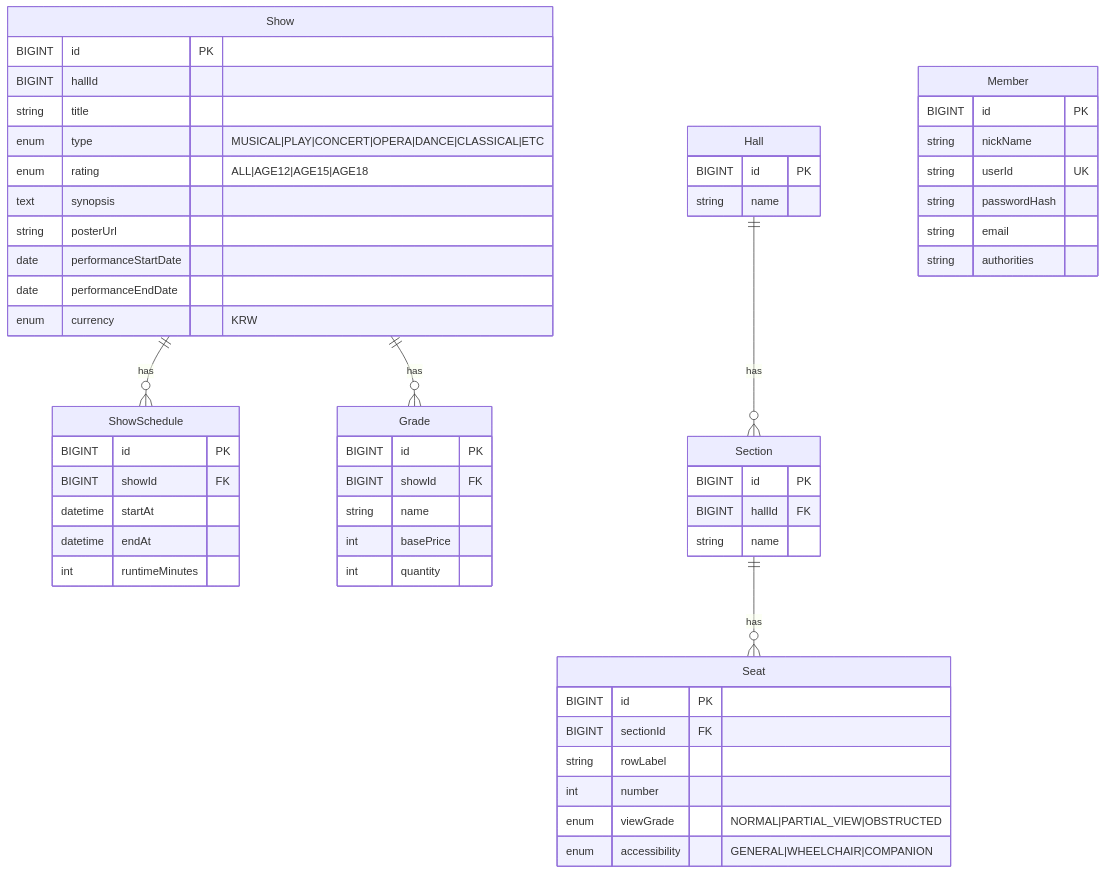
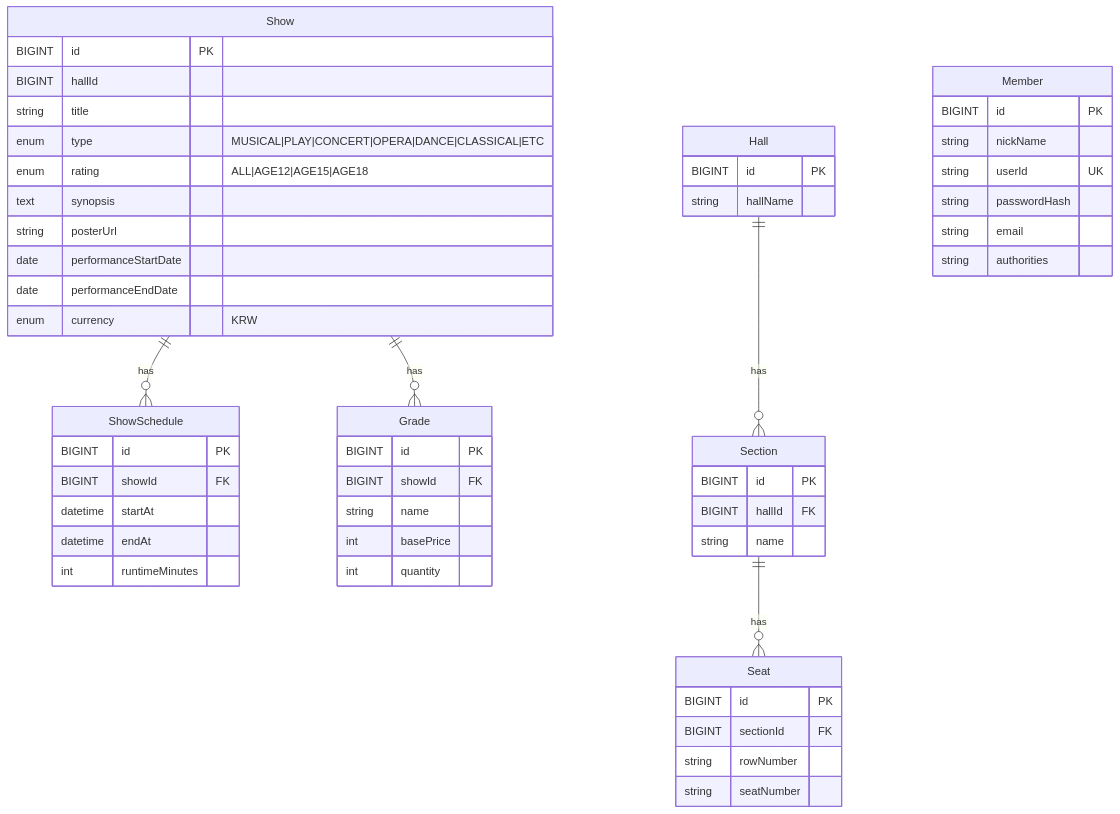
The diagram in docs/specs/domain.md (MandarinGuy/booking), drawn with Mermaid before and after one commit. The commit also changed 4 other files, not shown here.

````diff
--- a/docs/specs/domain.md
+++ b/docs/specs/domain.md
@@ -150,74 +150,72 @@
 ```mermaid
 erDiagram
 %% ======= Aggregates =======
 
 %% Show AR
     Show ||--o{ ShowSchedule : has
     Show ||--o{ Grade: has
 %% Hall AR
     Hall ||--o{ Section : has
     Section ||--o{ Seat : has
 
 %% ======= Cross-AR indirect references (NO FK) =======
 %% ShowSchedule .. Hall : via hallId
 
 %% ======= Entities =======
 
     Show {
         BIGINT id PK
         BIGINT hallId
         string title
         enum type "MUSICAL|PLAY|CONCERT|OPERA|DANCE|CLASSICAL|ETC"
         enum rating "ALL|AGE12|AGE15|AGE18"
         text synopsis
         string posterUrl
         date performanceStartDate
         date performanceEndDate
         enum currency "KRW"
     }
 
     ShowSchedule {
         BIGINT id PK
         BIGINT showId FK
         datetime startAt
         datetime endAt
         int runtimeMinutes
     }
 
     Grade {
         BIGINT id PK
         BIGINT showId FK
         string name
         int basePrice
         int quantity
     }
 
     Hall {
         BIGINT id PK
-        string name
+        string hallName
     }
     
     Section {
         BIGINT id PK
         BIGINT hallId FK
         string name
     }
 
     Seat {
         BIGINT id PK
         BIGINT sectionId FK
-        string rowLabel
-        int number
-        enum viewGrade "NORMAL|PARTIAL_VIEW|OBSTRUCTED"
-        enum accessibility "GENERAL|WHEELCHAIR|COMPANION"
+        string rowNumber
+        string seatNumber
     }
 
     Member {
         BIGINT id PK
         string nickName
         string userId UK
         string passwordHash
         string email
         string authorities
     }
 ```
````
